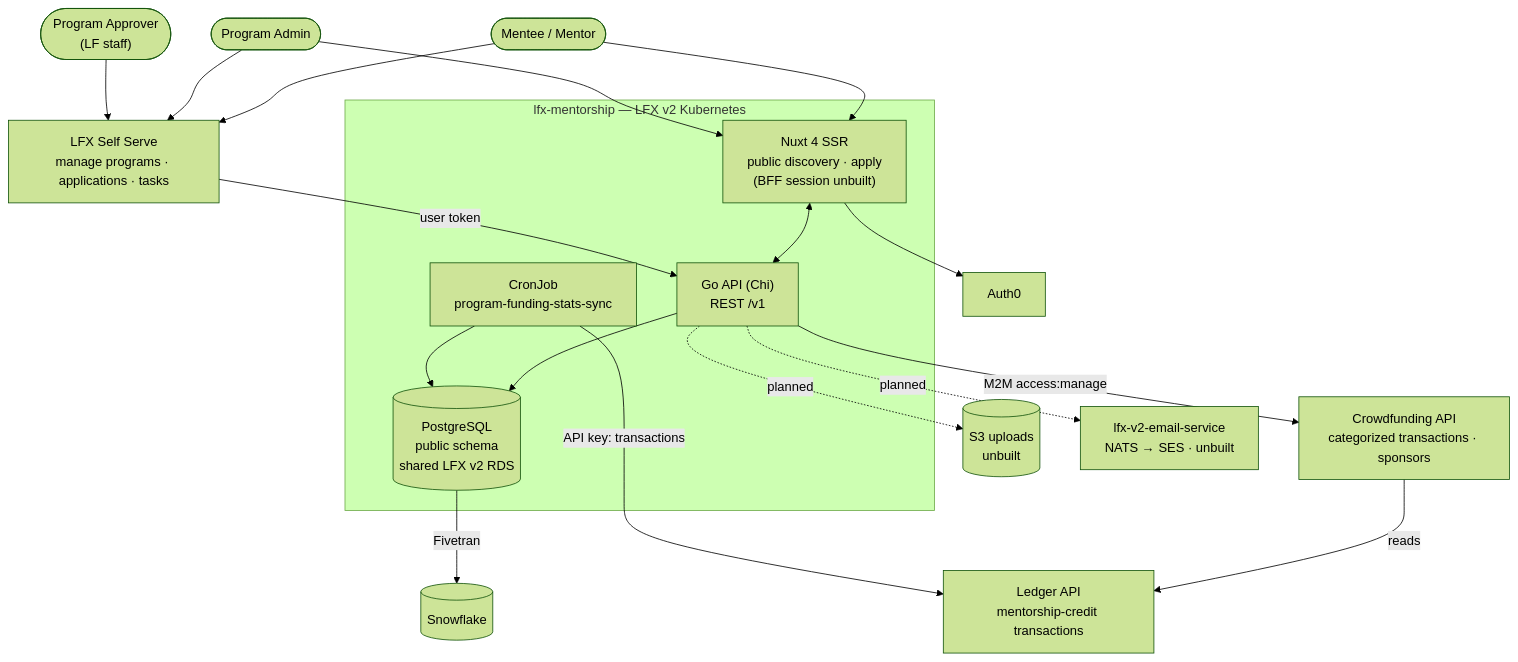
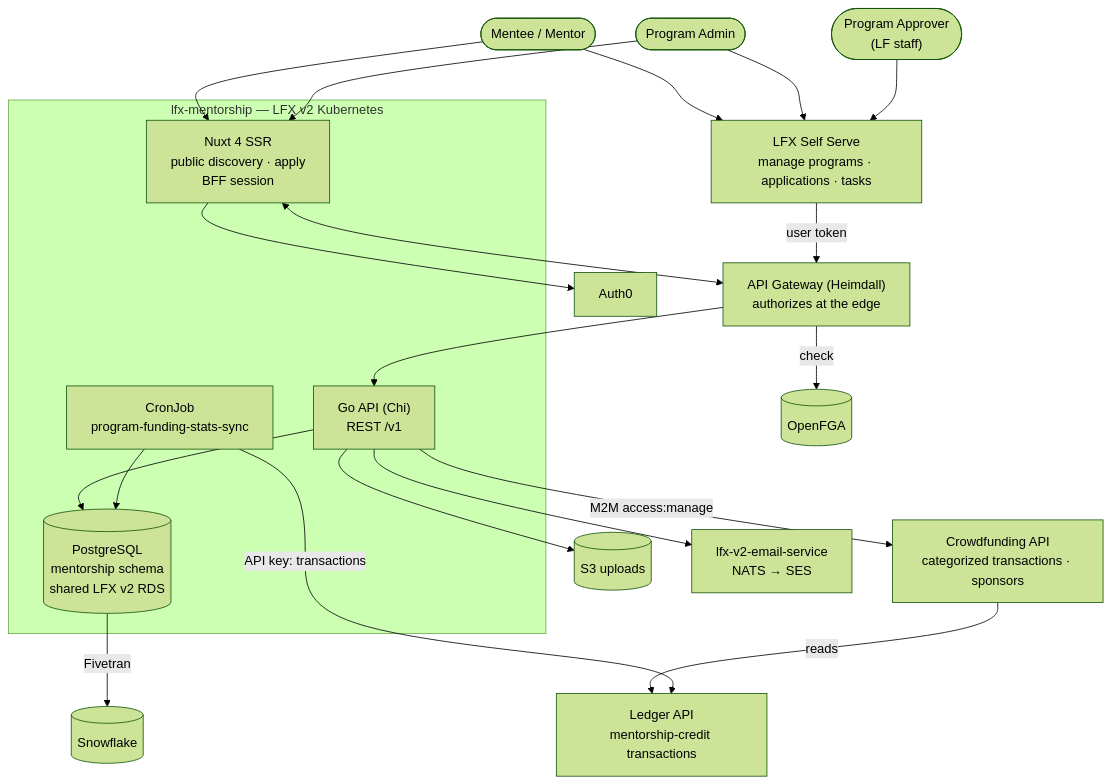
Before and after one commit to linuxfoundation/lfx-mentorship: the diagram in ARCHITECTURE.md, drawn with Mermaid (forest theme). The commit also changed other lines of this file, not shown here.

````diff
--- a/ARCHITECTURE.md
+++ b/ARCHITECTURE.md
@@ -41,35 +46,40 @@
 ```mermaid
 flowchart TB
     USERS(["Mentee / Mentor"])
     ADMIN(["Program Admin"])
     APPROVER(["Program Approver<br/>(LF staff)"])
 
+    HEIMDALL["API Gateway (Heimdall)<br/>authorizes at the edge"]
+    FGA[("OpenFGA")]
+
     subgraph K8S["lfx-mentorship — LFX v2 Kubernetes"]
-        NUXT["Nuxt 4 SSR<br/>public discovery · apply<br/>(BFF session unbuilt)"]
+        NUXT["Nuxt 4 SSR<br/>public discovery · apply<br/>BFF session"]
         API["Go API (Chi)<br/>REST /v1"]
-        PG[("PostgreSQL<br/>public schema<br/>shared LFX v2 RDS")]
+        PG[("PostgreSQL<br/>mentorship schema<br/>shared LFX v2 RDS")]
         CRON["CronJob<br/>program-funding-stats-sync"]
     end
 
     SS["LFX Self Serve<br/>manage programs · applications · tasks"]
     AUTH0["Auth0"]
     LEDGER["Ledger API<br/>mentorship-credit transactions"]
     CF["Crowdfunding API<br/>categorized transactions · sponsors"]
-    S3[("S3 uploads<br/>unbuilt")]
-    EMAIL["lfx-v2-email-service<br/>NATS → SES · unbuilt"]
+    S3[("S3 uploads")]
+    EMAIL["lfx-v2-email-service<br/>NATS → SES"]
     SF[("Snowflake")]
 
     USERS & ADMIN --> NUXT
     USERS & ADMIN & APPROVER --> SS
-    NUXT <--> API
+    NUXT <--> HEIMDALL
     NUXT --> AUTH0
-    SS -- "user token" --> API
+    SS -- "user token" --> HEIMDALL
+    HEIMDALL -- "check" --> FGA
+    HEIMDALL --> API
     API --> PG
-    API -. "planned" .-> S3
-    API -. "planned" .-> EMAIL
+    API --> S3
+    API --> EMAIL
     API -- "M2M access:manage" --> CF
     CF -- "reads" --> LEDGER
     CRON -- "API key: transactions" --> LEDGER
     CRON --> PG
     PG -- "Fivetran" --> SF
 ```
````
